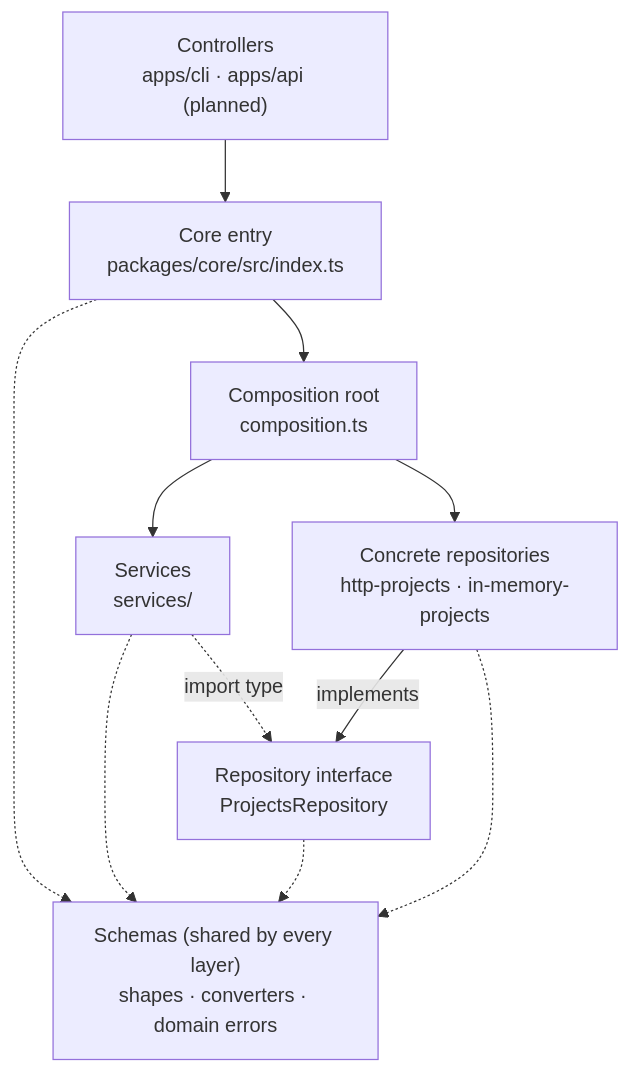
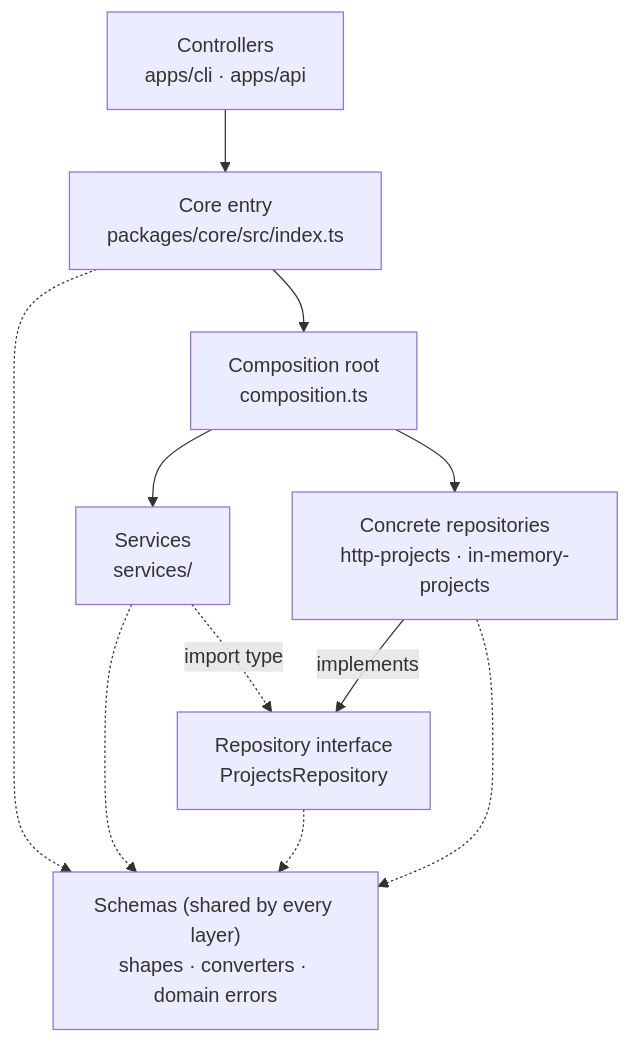
The first of 2 diagrams in docs/about/architecture.md (smorinlabs/ts-launch-blueprint), drawn with Mermaid before and after one commit. The commit also changed other lines of this file and 28 other files, not shown here.

````diff
--- a/docs/about/architecture.md
+++ b/docs/about/architecture.md
@@ -47,22 +48,22 @@
 ```mermaid
 flowchart TB
-  apps["Controllers<br/>apps/cli · apps/api (planned)"]
+  apps["Controllers<br/>apps/cli · apps/api"]
   entry["Core entry<br/>packages/core/src/index.ts"]
   composition["Composition root<br/>composition.ts"]
   services["Services<br/>services/"]
   iface["Repository interface<br/>ProjectsRepository"]
   concrete["Concrete repositories<br/>http-projects · in-memory-projects"]
   schemas["Schemas (shared by every layer)<br/>shapes · converters · domain errors"]
 
   apps --> entry
   entry --> composition
   composition --> services
   composition --> concrete
   services -. "import type" .-> iface
   concrete -- implements --> iface
 
   entry -.-> schemas
   services -.-> schemas
   iface -.-> schemas
   concrete -.-> schemas
 ```
````
